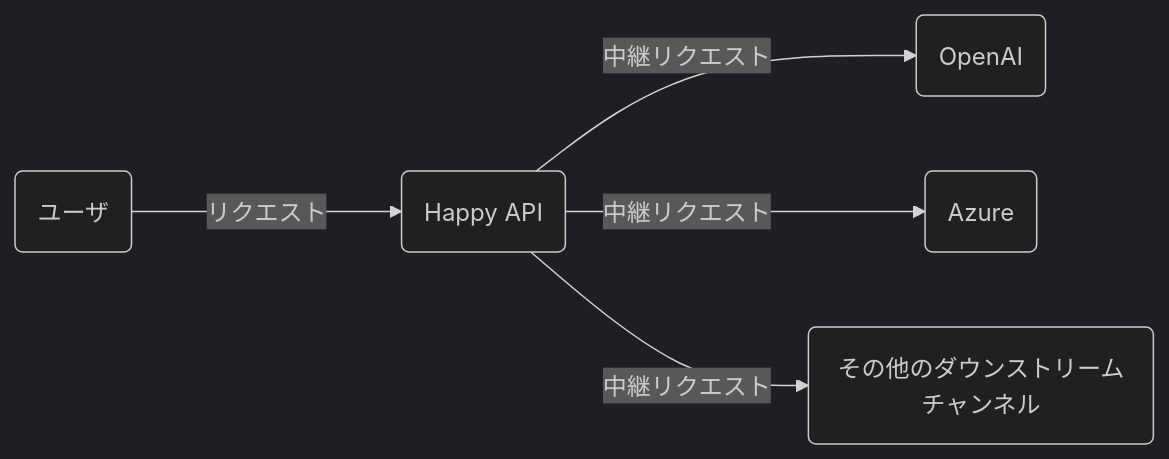
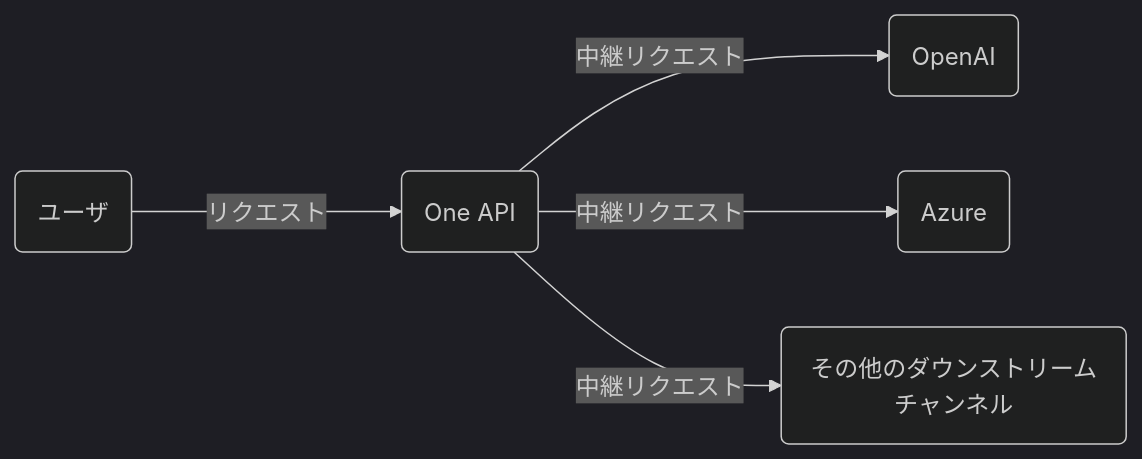
The diagram in README.ja.md (HappyMC-Develop/neweb-api), drawn with Mermaid (dark theme) before and after one commit. The commit also changed other lines of this file and 52 other files, not shown here.

````diff
--- a/README.ja.md
+++ b/README.ja.md
@@ -246,8 +246,8 @@
 ```mermaid
 graph LR
     A(ユーザ)
-    A --->|リクエスト| B(Happy API)
+    A --->|リクエスト| B(One API)
     B -->|中継リクエスト| C(OpenAI)
     B -->|中継リクエスト| D(Azure)
     B -->|中継リクエスト| E(その他のダウンストリームチャンネル)
 ```
````
